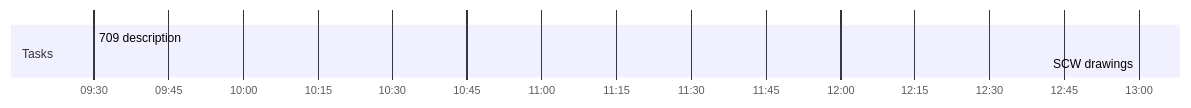
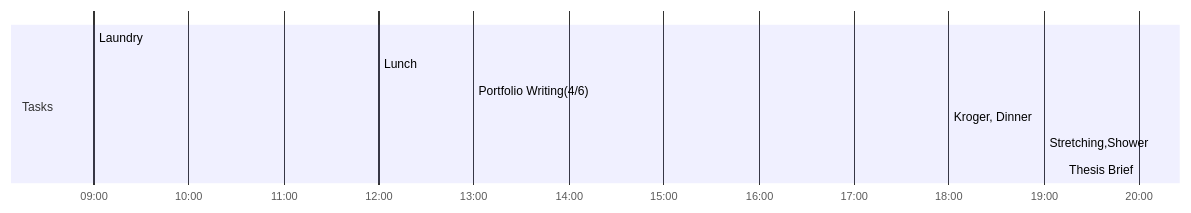
The diagram in Day Planners/Day Planner-20230107.md (PseudoPau/ThesisLog), drawn with Mermaid before and after one commit. The commit also changed other lines of this file, not shown here.

Commit message:
vault backup: 2023-01-07 20:11:28

````diff
--- a/Day Planners/Day Planner-20230107.md
+++ b/Day Planners/Day Planner-20230107.md
@@ -2,11 +2,15 @@
 ```mermaid
 gantt
     dateFormat  HH-mm
     axisFormat %H:%M
-    %% Current Time: 11:12:02 AM
+    %% Current Time: 8:11:26 PM
     section Tasks
-    709 description     :09-30, 210mm
-    SCW drawings     :13-00, 0mm
+    Laundry     :09-00, 180mm
+    Lunch     :12-00, 60mm
+    Portfolio Writing(4/6)     :13-00, 300mm
+    Kroger, Dinner     :18-00, 60mm
+    Stretching,Shower     :19-00, 60mm
+    Thesis Brief     :20-00, 0mm
     section Breaks
 
 ```
````
